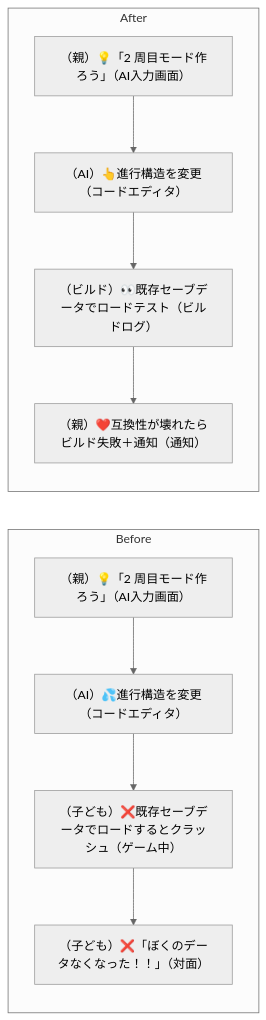
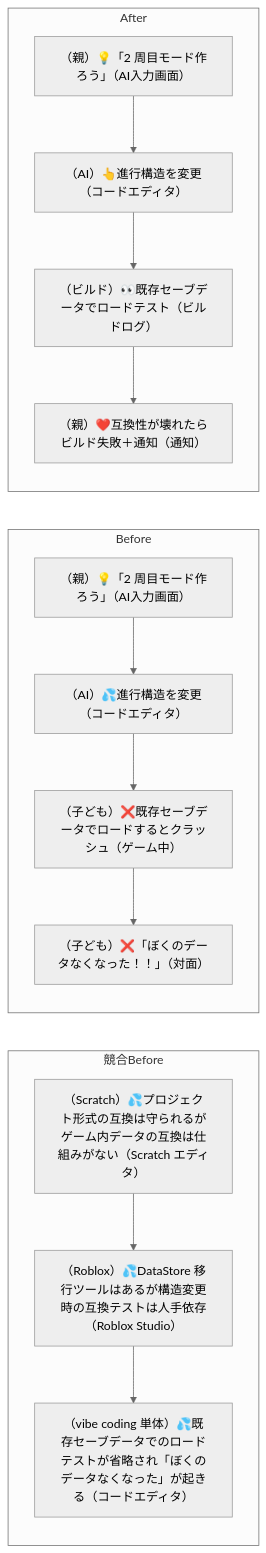
One commit to tatsuro-ueda/code-quest-pyxel changed diagram 41 of 42 in docs/customer-journeys.md. Above: the diagram before and after it, drawn with Mermaid (neutral theme). The commit also changed other lines of this file and 1 other file, not shown here.

````diff
--- a/docs/customer-journeys.md
+++ b/docs/customer-journeys.md
@@ -1278,15 +1313,20 @@
 ```mermaid
 flowchart LR
+    subgraph Competitor["競合Before"]
+        C1[（Scratch）💦プロジェクト形式の互換は守られるがゲーム内データの互換は仕組みがない（Scratch エディタ）]
+        C1 --> C2[（Roblox）💦DataStore 移行ツールはあるが構造変更時の互換テストは人手依存（Roblox Studio）]
+        C2 --> C3[（vibe coding 単体）💦既存セーブデータでのロードテストが省略され「ぼくのデータなくなった」が起きる（コードエディタ）]
+    end
     subgraph Before["Before"]
         B1[（親）💡「2 周目モード作ろう」（AI入力画面）]
         B1 --> B2[（AI）💦進行構造を変更（コードエディタ）]
         B2 --> B3[（子ども）❌既存セーブデータでロードするとクラッシュ（ゲーム中）]
         B3 --> B4[（子ども）❌「ぼくのデータなくなった！！」（対面）]
     end
     subgraph After["After"]
         A1[（親）💡「2 周目モード作ろう」（AI入力画面）]
         A1 --> A2[（AI）👆進行構造を変更（コードエディタ）]
         A2 --> A3[（ビルド）👀既存セーブデータでロードテスト（ビルドログ）]
         A3 --> A4[（親）❤️互換性が壊れたらビルド失敗＋通知（通知）]
     end
 ```
````
